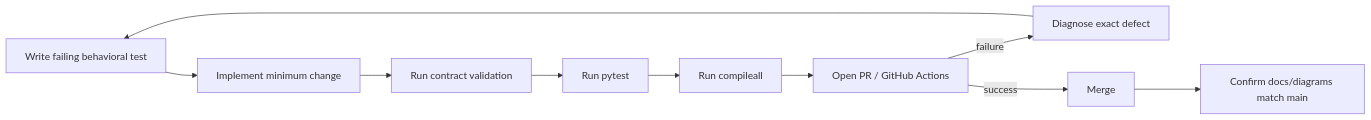
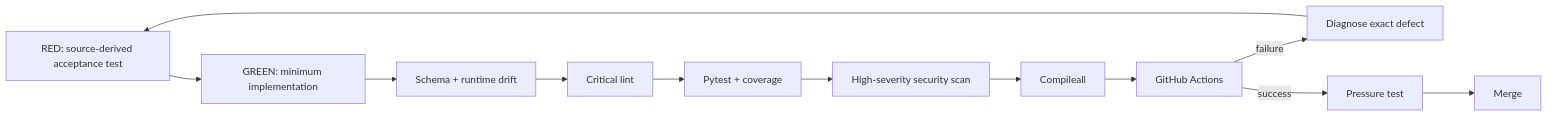
One commit to mkleinbe/mesh-ai-agent-cos-universe changed the diagram in docs/testing-evaluation.md. Above: the diagram before and after it, drawn with Mermaid. The commit also changed other lines of this file, not shown here.

````diff
--- a/docs/testing-evaluation.md
+++ b/docs/testing-evaluation.md
@@ -7,12 +7,14 @@
 ```mermaid
 flowchart LR
-    R[Write failing behavioral test] --> G[Implement minimum change]
-    G --> C[Run contract validation]
-    C --> P[Run pytest]
-    P --> A[Run compileall]
-    A --> CI[Open PR / GitHub Actions]
-    CI -->|failure| D[Diagnose exact defect]
-    D --> R
-    CI -->|success| M[Merge]
-    M --> DOC[Confirm docs/diagrams match main]
+    R[RED: source-derived acceptance test] --> G[GREEN: minimum implementation]
+    G --> SC[Schema + runtime drift]
+    SC --> L[Critical lint]
+    L --> P[Pytest + coverage]
+    P --> S[High-severity security scan]
+    S --> C[Compileall]
+    C --> CI[GitHub Actions]
+    CI -->|failure| FIX[Diagnose exact defect]
+    FIX --> R
+    CI -->|success| PRESS[Pressure test]
+    PRESS --> M[Merge]
 ```
````
